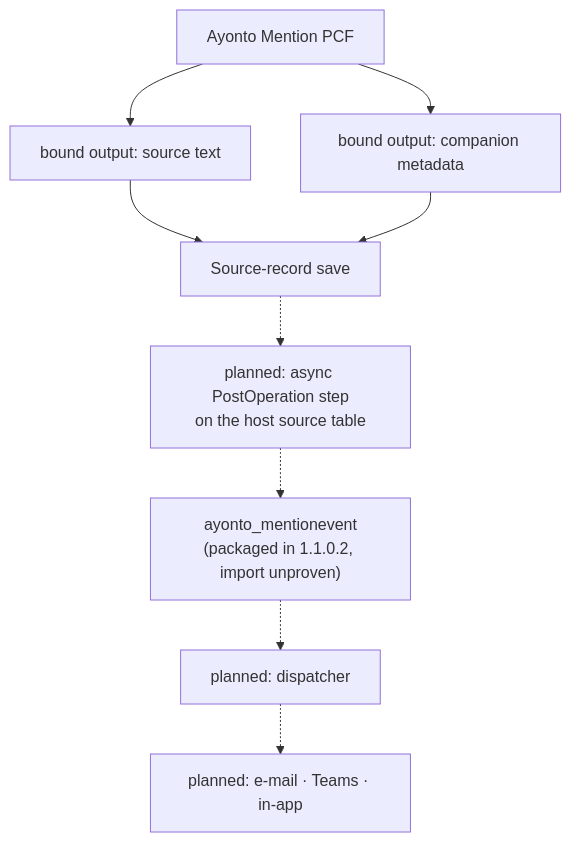
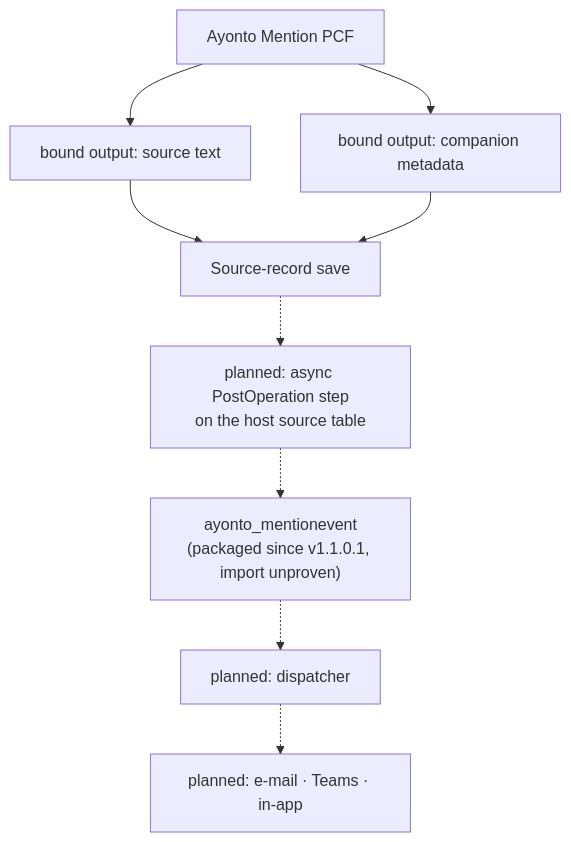
Before and after one commit to Ayonto-Digital-Solutions/ayonto-mention: the diagram in docs/server-architecture.md, drawn with Mermaid. The commit also changed other lines of this file and 2 other files, not shown here.

````diff
--- a/docs/server-architecture.md
+++ b/docs/server-architecture.md
@@ -455,11 +455,11 @@
 ```mermaid
 flowchart TD
     pcf["Ayonto Mention PCF"] --> text["bound output: source text"]
     pcf --> meta["bound output: companion metadata"]
     text --> save["Source-record save"]
     meta --> save
     save -.-> step["planned: async PostOperation step<br/>on the host source table"]
-    step -.-> ledger["ayonto_mentionevent<br/>(packaged in 1.1.0.2, import unproven)"]
+    step -.-> ledger["ayonto_mentionevent<br/>(packaged since v1.1.0.1, import unproven)"]
     ledger -.-> dispatcher["planned: dispatcher"]
     dispatcher -.-> channels["planned: e-mail · Teams · in-app"]
 ```
````
